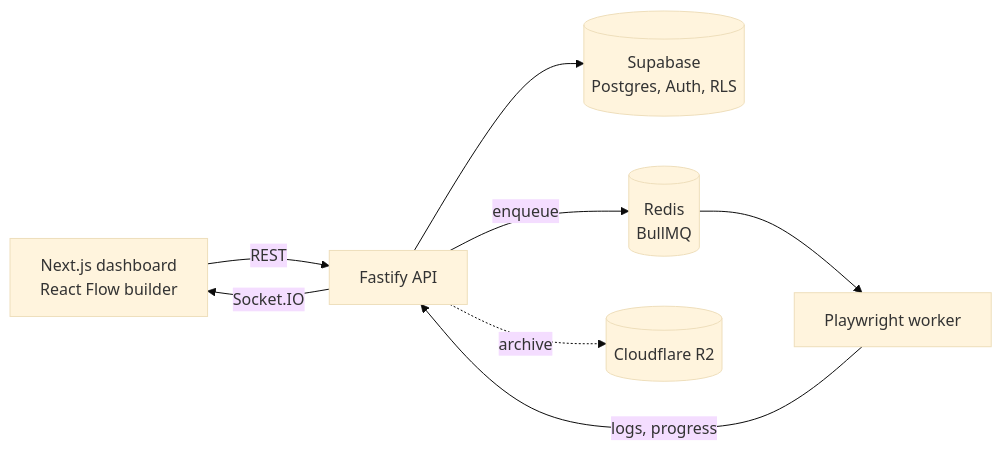
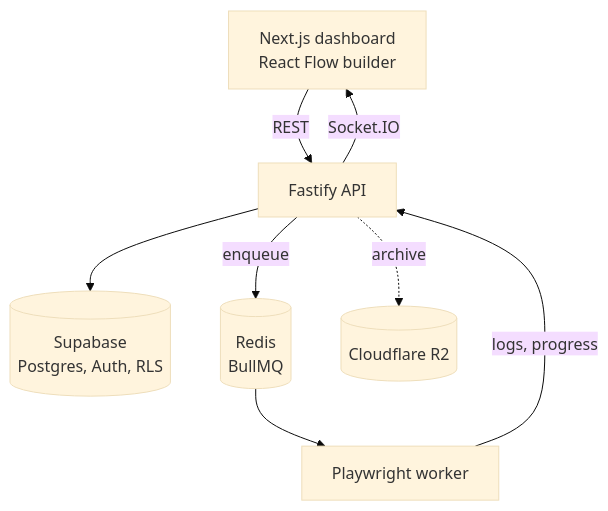
The diagram in README.md (Exalt24/autoflow-pro), drawn with Mermaid (base theme) before and after one commit.

Commit message:
Draw the AutoFlow Pro architecture top down so the labels stay readable on a phone screen

````diff
--- a/README.md
+++ b/README.md
@@ -27,10 +27,10 @@
 ```mermaid
-flowchart LR
+flowchart TD
     UI["Next.js dashboard<br/>React Flow builder"] -- "REST" --> API["Fastify API"]
     API --> DB[("Supabase<br/>Postgres, Auth, RLS")]
     API -- "enqueue" --> Q[("Redis<br/>BullMQ")]
     Q --> W["Playwright worker"]
     W -- "logs, progress" --> API
     API -- "Socket.IO" --> UI
     API -. "archive" .-> R2[("Cloudflare R2")]
 ```
````
